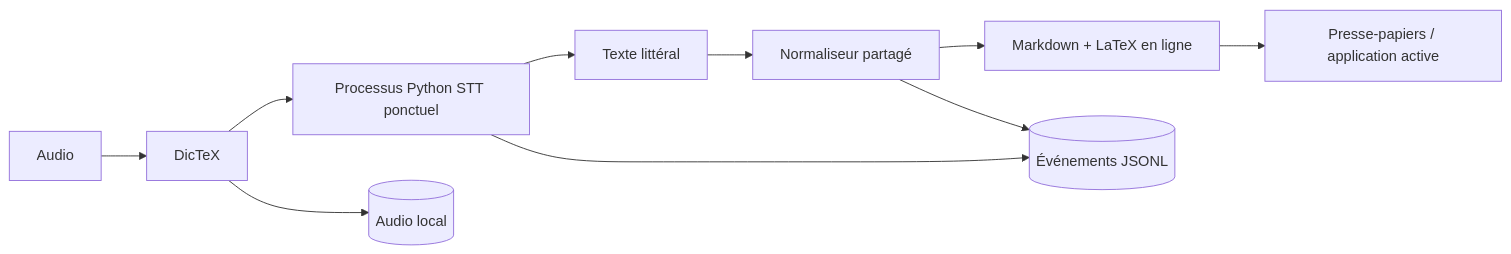
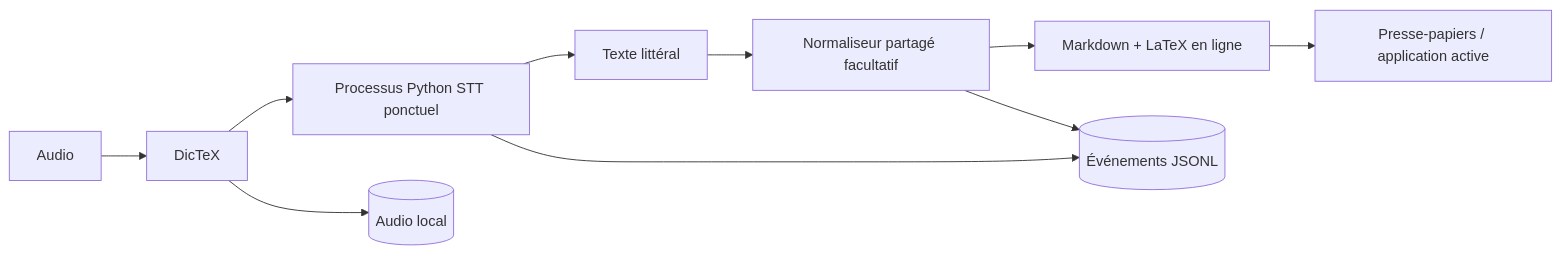
The first of 2 diagrams in docs/architecture.md (sensopensource/DicTeX), drawn with Mermaid before and after one commit. The commit also changed 23 other files, not shown here.

````diff
--- a/docs/architecture.md
+++ b/docs/architecture.md
@@ -15,12 +15,12 @@
 ```mermaid
 flowchart LR
     A[Audio] --> B[DicTeX]
     B --> C[Processus Python STT ponctuel]
     C --> D[Texte littéral]
-    D --> E[Normaliseur partagé]
+    D --> E[Normaliseur partagé facultatif]
     E --> F[Markdown + LaTeX en ligne]
     F --> G[Presse-papiers / application active]
     B --> H[(Audio local)]
     C --> I[(Événements JSONL)]
     E --> I
 ```
````
